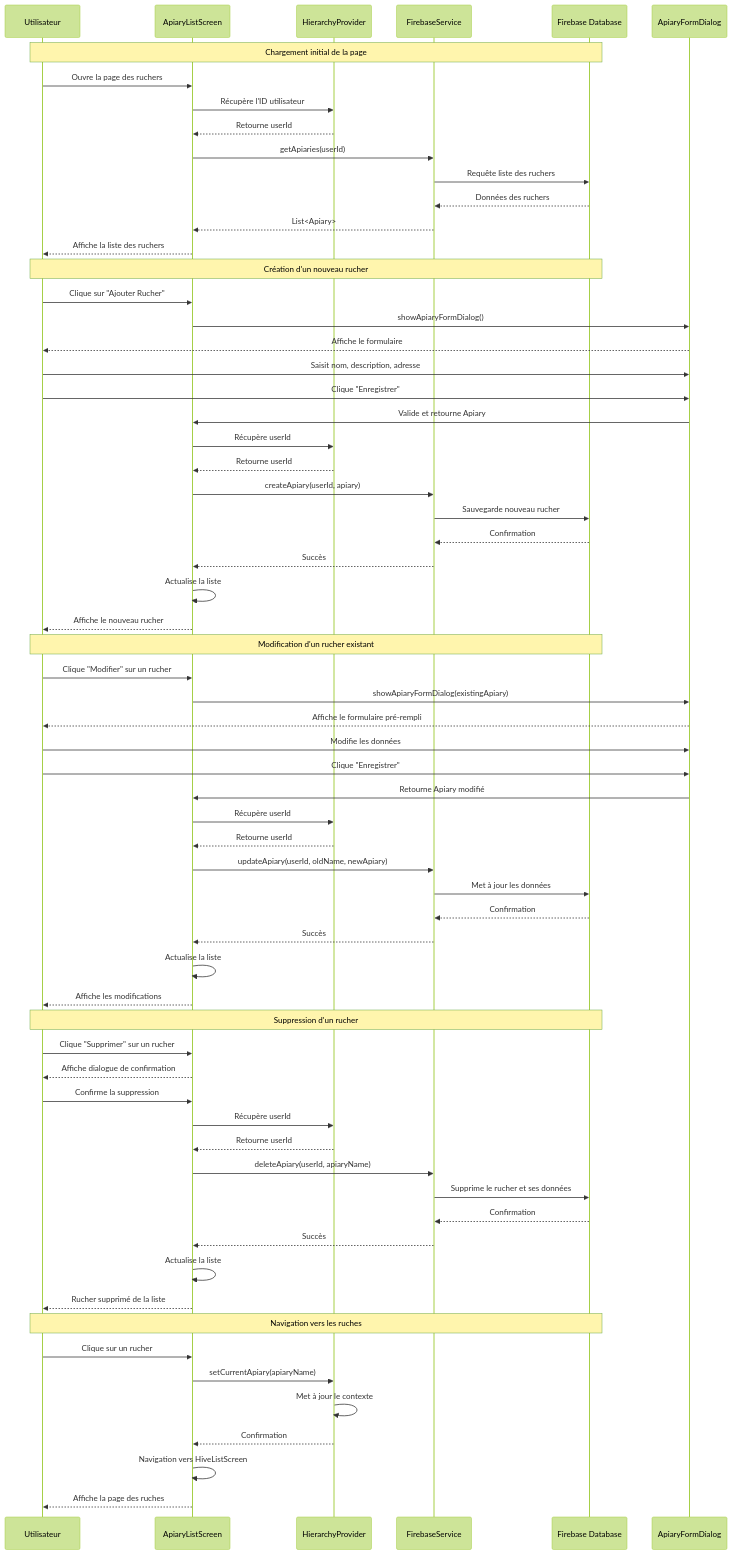
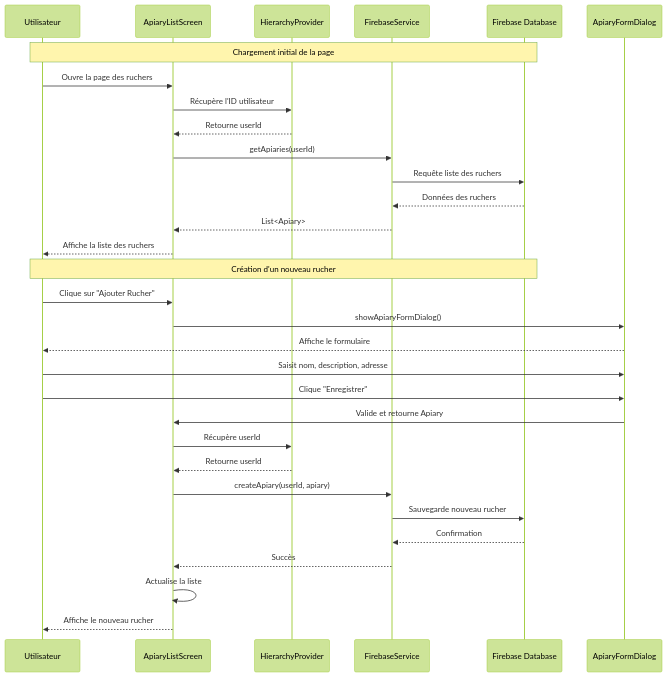
The third of 3 diagrams in Documentation Fil rouge/PROJECT_DOCUMENTATION.md (VasiCiocoiu/SpringBoot_MS2D), drawn with Mermaid (forest theme) before and after one commit. The commit also changed other lines of this file and 1 other file, not shown here.

````diff
--- a/Documentation Fil rouge/PROJECT_DOCUMENTATION.md
+++ b/Documentation Fil rouge/PROJECT_DOCUMENTATION.md
@@ -475,72 +447,35 @@
 ```mermaid
 sequenceDiagram
     participant User as Utilisateur
     participant Screen as ApiaryListScreen
     participant Provider as HierarchyProvider
     participant Service as FirebaseService
     participant Firebase as Firebase Database
     participant Dialog as ApiaryFormDialog
 
     Note over User, Firebase: Chargement initial de la page
     User->>Screen: Ouvre la page des ruchers
     Screen->>Provider: Récupère l'ID utilisateur
     Provider-->>Screen: Retourne userId
     Screen->>Service: getApiaries(userId)
     Service->>Firebase: Requête liste des ruchers
     Firebase-->>Service: Données des ruchers
     Service-->>Screen: List<Apiary>
     Screen-->>User: Affiche la liste des ruchers
 
     Note over User, Firebase: Création d'un nouveau rucher
     User->>Screen: Clique sur "Ajouter Rucher"
     Screen->>Dialog: showApiaryFormDialog()
     Dialog-->>User: Affiche le formulaire
     User->>Dialog: Saisit nom, description, adresse
     User->>Dialog: Clique "Enregistrer"
     Dialog->>Screen: Valide et retourne Apiary
     Screen->>Provider: Récupère userId
     Provider-->>Screen: Retourne userId
     Screen->>Service: createApiary(userId, apiary)
     Service->>Firebase: Sauvegarde nouveau rucher
     Firebase-->>Service: Confirmation
     Service-->>Screen: Succès
     Screen->>Screen: Actualise la liste
     Screen-->>User: Affiche le nouveau rucher
-
-    Note over User, Firebase: Modification d'un rucher existant
-    User->>Screen: Clique "Modifier" sur un rucher
-    Screen->>Dialog: showApiaryFormDialog(existingApiary)
-    Dialog-->>User: Affiche le formulaire pré-rempli
-    User->>Dialog: Modifie les données
-    User->>Dialog: Clique "Enregistrer"
-    Dialog->>Screen: Retourne Apiary modifié
-    Screen->>Provider: Récupère userId
-    Provider-->>Screen: Retourne userId
-    Screen->>Service: updateApiary(userId, oldName, newApiary)
-    Service->>Firebase: Met à jour les données
-    Firebase-->>Service: Confirmation
-    Service-->>Screen: Succès
-    Screen->>Screen: Actualise la liste
-    Screen-->>User: Affiche les modifications
-
-    Note over User, Firebase: Suppression d'un rucher
-    User->>Screen: Clique "Supprimer" sur un rucher
-    Screen-->>User: Affiche dialogue de confirmation
-    User->>Screen: Confirme la suppression
-    Screen->>Provider: Récupère userId
-    Provider-->>Screen: Retourne userId
-    Screen->>Service: deleteApiary(userId, apiaryName)
-    Service->>Firebase: Supprime le rucher et ses données
-    Firebase-->>Service: Confirmation
-    Service-->>Screen: Succès
-    Screen->>Screen: Actualise la liste
-    Screen-->>User: Rucher supprimé de la liste
-
-    Note over User, Firebase: Navigation vers les ruches
-    User->>Screen: Clique sur un rucher
-    Screen->>Provider: setCurrentApiary(apiaryName)
-    Provider->>Provider: Met à jour le contexte
-    Provider-->>Screen: Confirmation
-    Screen->>Screen: Navigation vers HiveListScreen
-    Screen-->>User: Affiche la page des ruches
 ```
````
